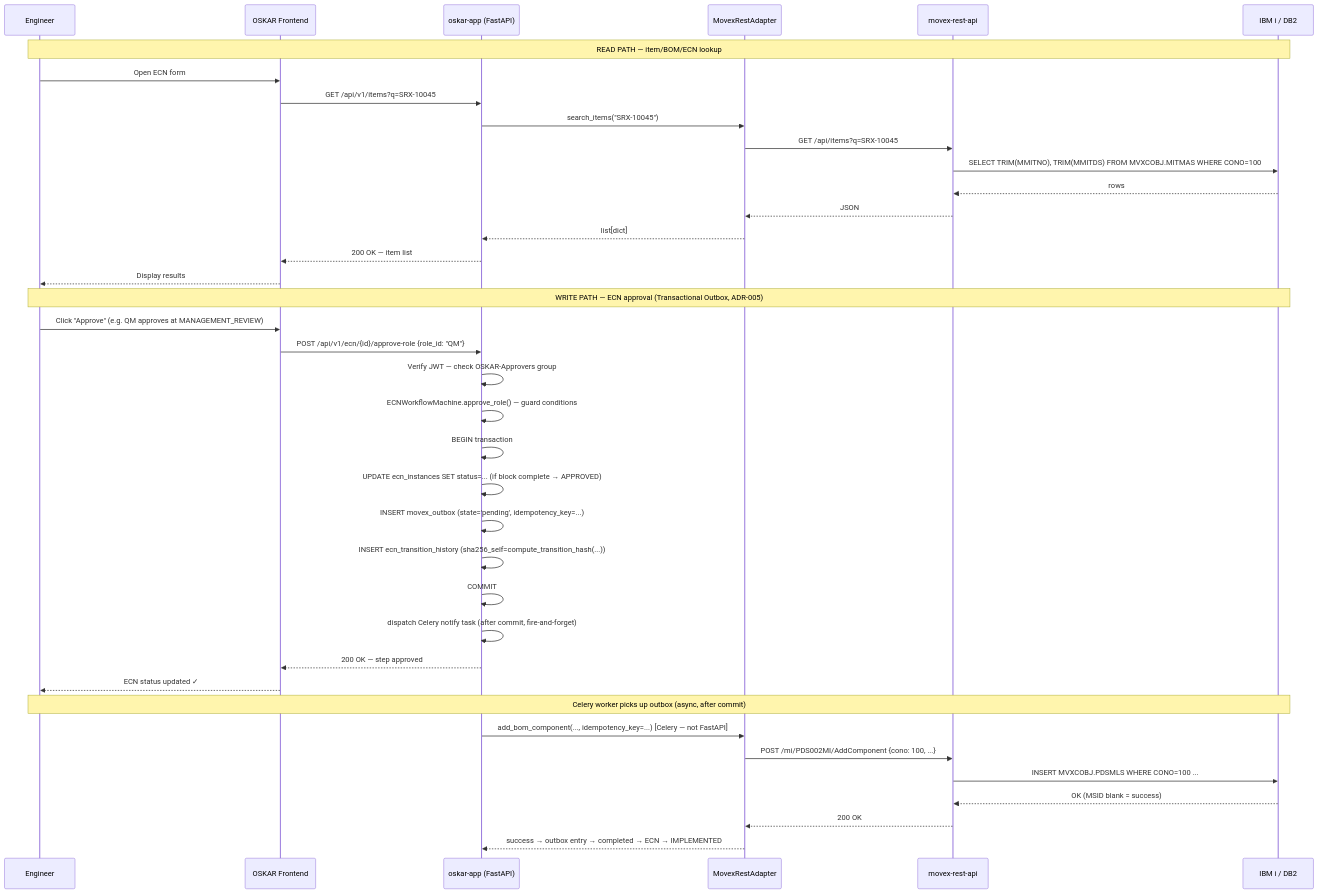
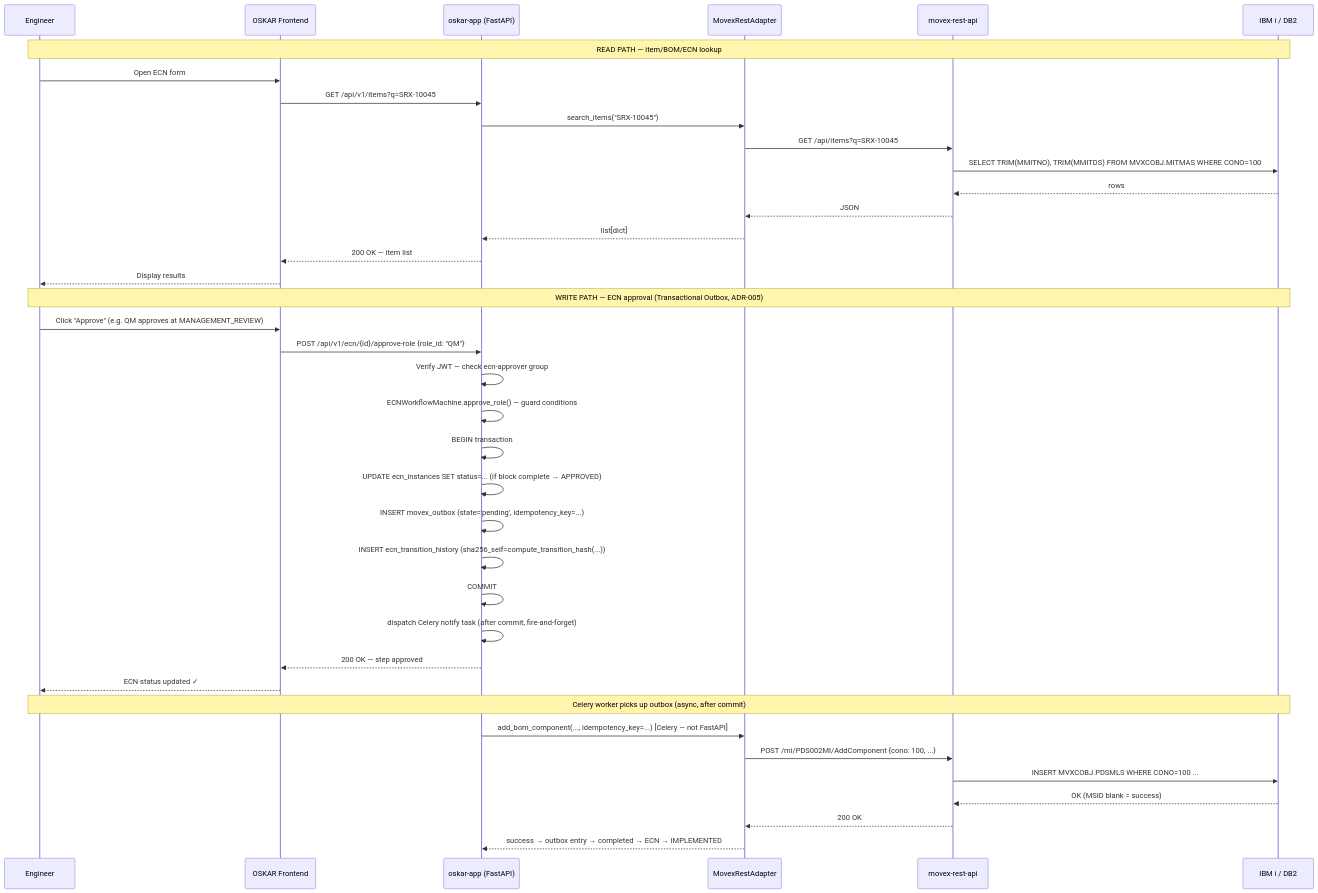
One commit to hsalazar-srx/Oskar changed the third of 18 diagrams in ai/memory/03-oskar-architecture.md. Above: the diagram before and after it, drawn with Mermaid. The commit also changed other lines of this file and 17 other files, not shown here.

````diff
--- a/ai/memory/03-oskar-architecture.md
+++ b/ai/memory/03-oskar-architecture.md
@@ -146,51 +146,51 @@
 ```mermaid
 ---
 config:
   theme: light
   layout: elk
   look: classic
 ---
 sequenceDiagram
   participant E as Engineer
   participant FE as OSKAR Frontend
   participant API as oskar-app (FastAPI)
   participant Adapter as MovexRestAdapter
   participant MAPI as movex-rest-api
   participant DB2 as IBM i / DB2
 
   Note over E,DB2: READ PATH — item/BOM/ECN lookup
 
   E->>FE: Open ECN form
   FE->>API: GET /api/v1/items?q=SRX-10045
   API->>Adapter: search_items("SRX-10045")
   Adapter->>MAPI: GET /api/items?q=SRX-10045
   MAPI->>DB2: SELECT TRIM(MMITNO), TRIM(MMITDS) FROM MVXCOBJ.MITMAS WHERE CONO=100
   DB2-->>MAPI: rows
   MAPI-->>Adapter: JSON
   Adapter-->>API: list[dict]
   API-->>FE: 200 OK — item list
   FE-->>E: Display results
 
   Note over E,DB2: WRITE PATH — ECN approval (Transactional Outbox, ADR-005)
 
   E->>FE: Click "Approve" (e.g. QM approves at MANAGEMENT_REVIEW)
   FE->>API: POST /api/v1/ecn/{id}/approve-role {role_id: "QM"}
-  API->>API: Verify JWT — check OSKAR-Approvers group
+  API->>API: Verify JWT — check ecn-approver group
   API->>API: ECNWorkflowMachine.approve_role() — guard conditions
   API->>API: BEGIN transaction
   API->>API: UPDATE ecn_instances SET status=... (if block complete → APPROVED)
   API->>API: INSERT movex_outbox (state='pending', idempotency_key=...)
   API->>API: INSERT ecn_transition_history (sha256_self=compute_transition_hash(...))
   API->>API: COMMIT
   API->>API: dispatch Celery notify task (after commit, fire-and-forget)
   API-->>FE: 200 OK — step approved
   FE-->>E: ECN status updated ✓
 
   Note over E,DB2: Celery worker picks up outbox (async, after commit)
   API->>Adapter: add_bom_component(..., idempotency_key=...) [Celery — not FastAPI]
   Adapter->>MAPI: POST /mi/PDS002MI/AddComponent {cono: 100, ...}
   MAPI->>DB2: INSERT MVXCOBJ.PDSMLS WHERE CONO=100 ...
   DB2-->>MAPI: OK (MSID blank = success)
   MAPI-->>Adapter: 200 OK
   Adapter-->>API: success → outbox entry → completed → ECN → IMPLEMENTED
 ```
````
